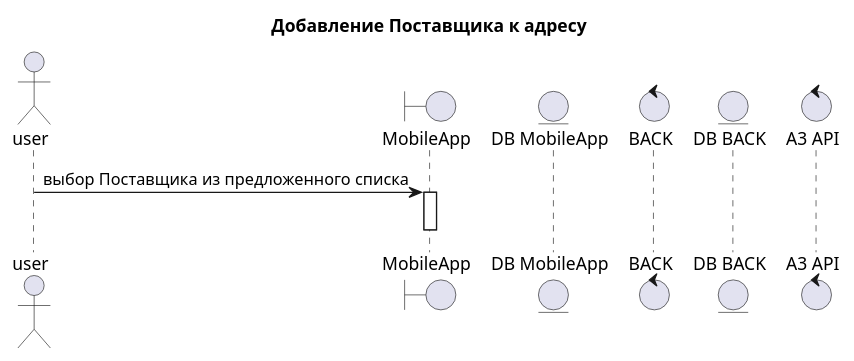
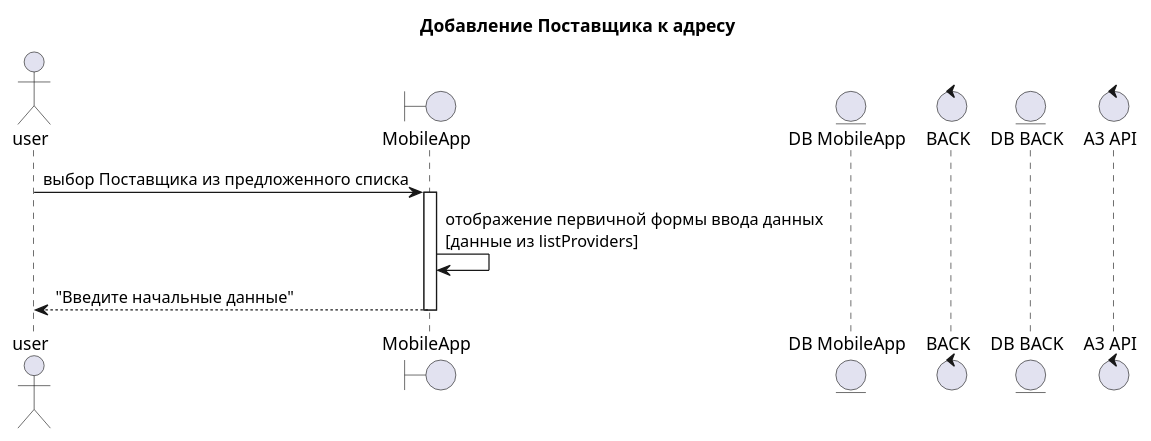
Before and after one commit to ArtWh0/UML-Scheme: the diagram in Добавление Поставщика к адресу клиенту/ДобавлениеПоставщикаКАдресу.pu, drawn with PlantUML. The commit also changed 1 other file, not shown here.

```diff
--- a/Добавление Поставщика к адресу клиенту/ДобавлениеПоставщикаКАдресу.pu
+++ b/Добавление Поставщика к адресу клиенту/ДобавлениеПоставщикаКАдресу.pu
@@ -1,16 +1,18 @@
 @startuml
 title "Добавление Поставщика к адресу"
 actor user
 boundary "MobileApp" as mobapp
 entity "DB MobileApp" as dbmob
 control "BACK" as back
 entity "DB BACK" as db
 control "A3 API" as a3
 ' сделать альтернативу с вводом данных в полях из выпадающего списка при нажатии на отдельного Поставщика
 
 user -> mobapp : выбор Поставщика из предложенного списка
 activate mobapp
-
+    mobapp -> mobapp : отображение первичной формы ввода данных\n[данные из listProviders]
+    mobapp --> user : "Введите начальные данные"
 deactivate mobapp
 
+
 @enduml
```
